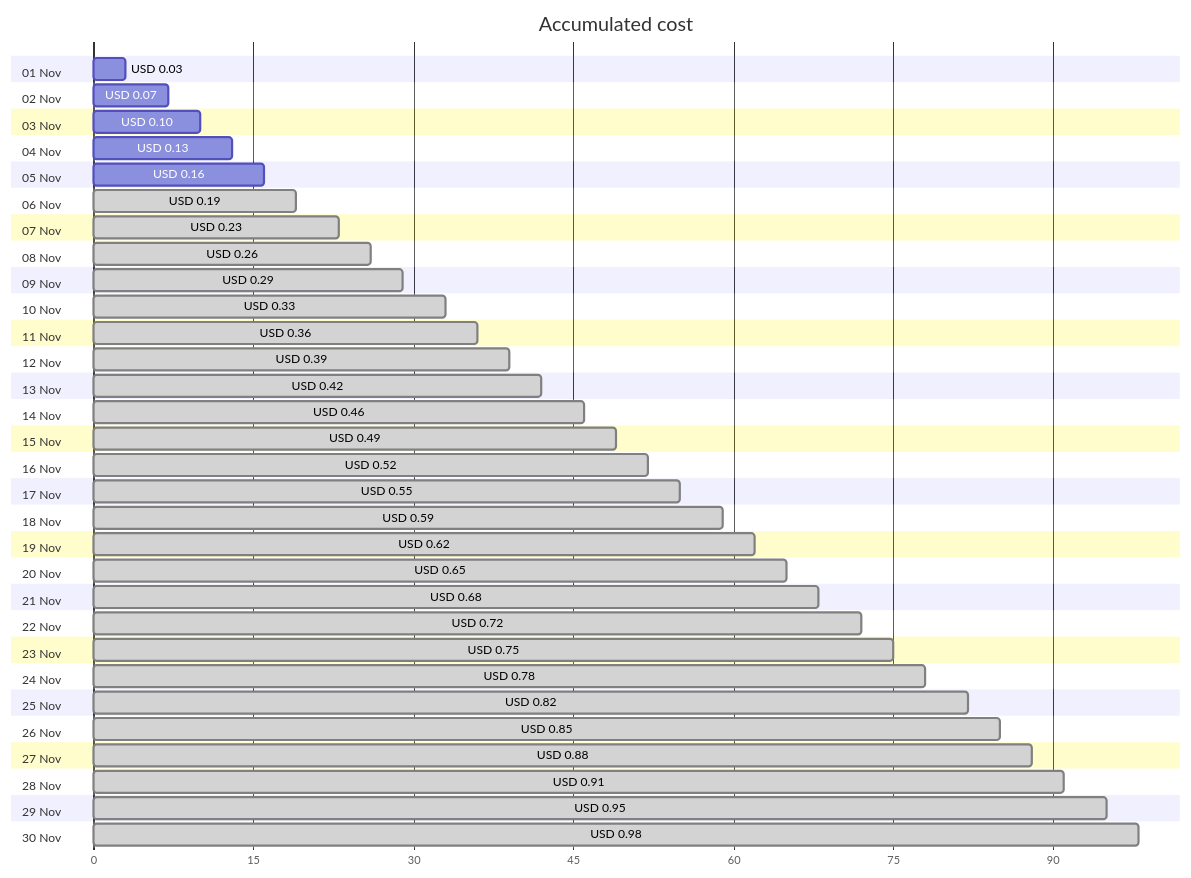
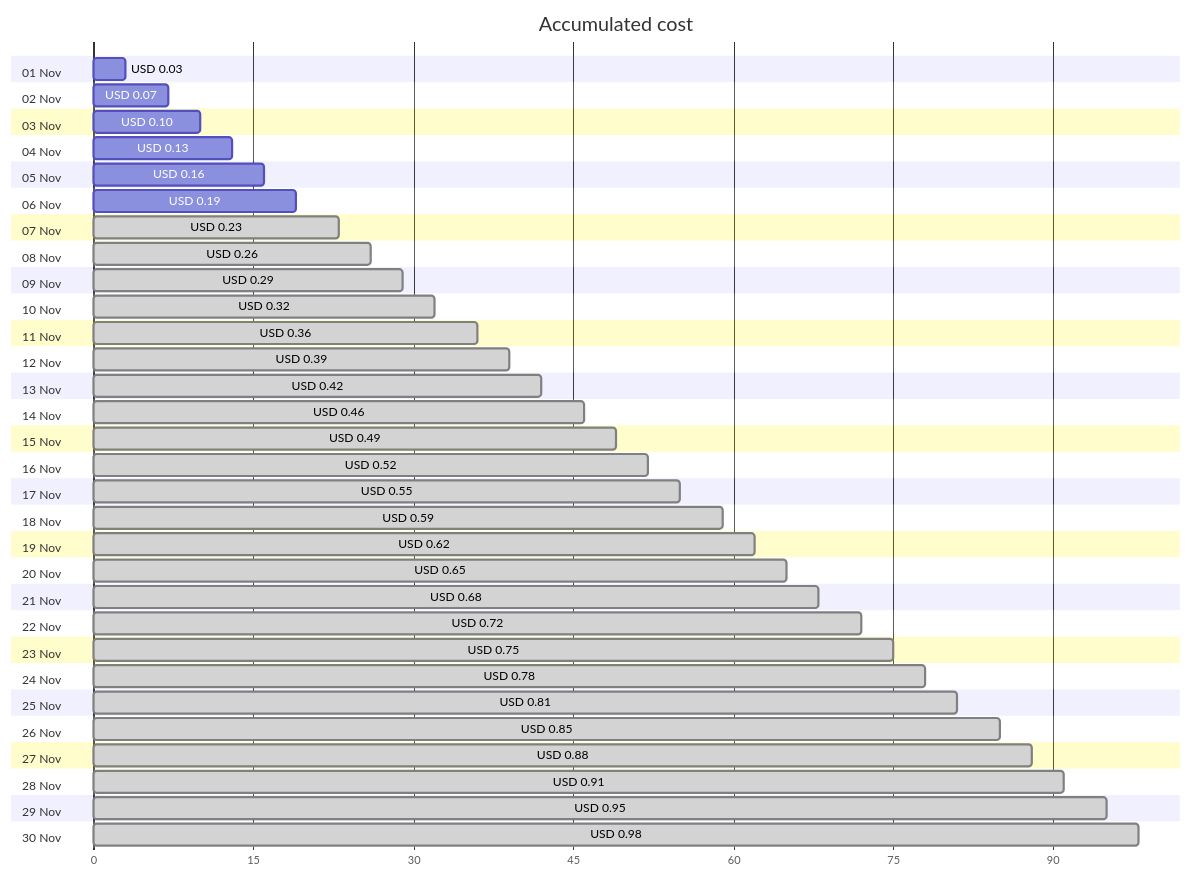
One commit to jpfulton/azure-personal-reports changed the first of 4 diagrams in cost-reports/personal-dns/README.md. Above: the diagram before and after it, drawn with Mermaid. The commit also changed other lines of this file and 2 other files, not shown here.

````diff
--- a/cost-reports/personal-dns/README.md
+++ b/cost-reports/personal-dns/README.md
@@ -20,66 +20,66 @@
 ```mermaid
 gantt
    title Accumulated cost
    dateFormat  X
    axisFormat %s
    section 01 Nov
    USD 0.03 :0, 3
    section 02 Nov
    USD 0.07 :0, 7
    section 03 Nov
    USD 0.10 :0, 10
    section 04 Nov
    USD 0.13 :0, 13
    section 05 Nov
    USD 0.16 :0, 16
    section 06 Nov
-   USD 0.19 : done, 0, 19
+   USD 0.19 :0, 19
    section 07 Nov
    USD 0.23 : done, 0, 23
    section 08 Nov
    USD 0.26 : done, 0, 26
    section 09 Nov
    USD 0.29 : done, 0, 29
    section 10 Nov
-   USD 0.33 : done, 0, 33
+   USD 0.32 : done, 0, 32
    section 11 Nov
    USD 0.36 : done, 0, 36
    section 12 Nov
    USD 0.39 : done, 0, 39
    section 13 Nov
    USD 0.42 : done, 0, 42
    section 14 Nov
    USD 0.46 : done, 0, 46
    section 15 Nov
    USD 0.49 : done, 0, 49
    section 16 Nov
    USD 0.52 : done, 0, 52
    section 17 Nov
    USD 0.55 : done, 0, 55
    section 18 Nov
    USD 0.59 : done, 0, 59
    section 19 Nov
    USD 0.62 : done, 0, 62
    section 20 Nov
    USD 0.65 : done, 0, 65
    section 21 Nov
    USD 0.68 : done, 0, 68
    section 22 Nov
    USD 0.72 : done, 0, 72
    section 23 Nov
    USD 0.75 : done, 0, 75
    section 24 Nov
    USD 0.78 : done, 0, 78
    section 25 Nov
-   USD 0.82 : done, 0, 82
+   USD 0.81 : done, 0, 81
    section 26 Nov
    USD 0.85 : done, 0, 85
    section 27 Nov
    USD 0.88 : done, 0, 88
    section 28 Nov
    USD 0.91 : done, 0, 91
    section 29 Nov
    USD 0.95 : done, 0, 95
    section 30 Nov
    USD 0.98 : done, 0, 98
 ```
````
